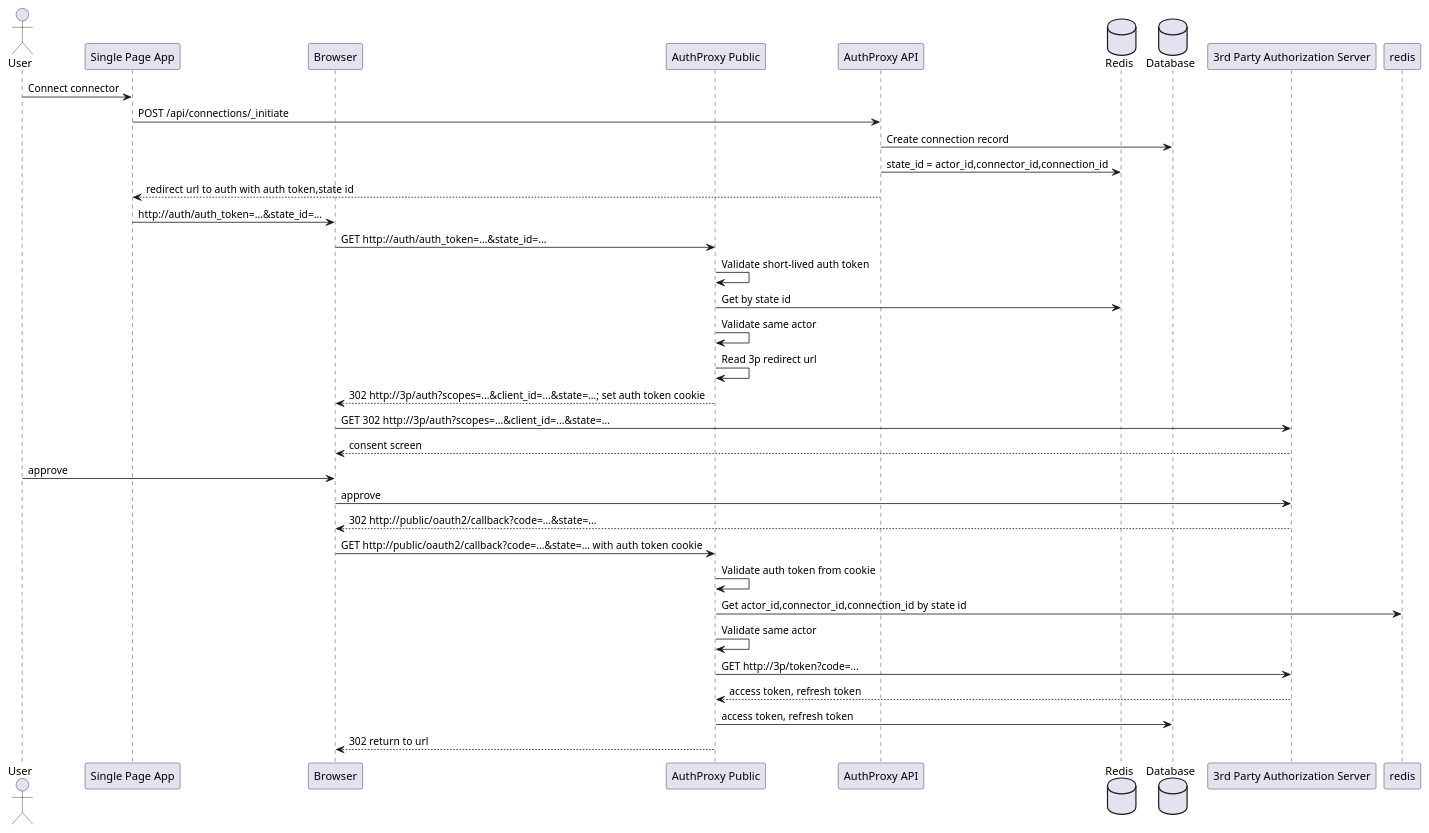
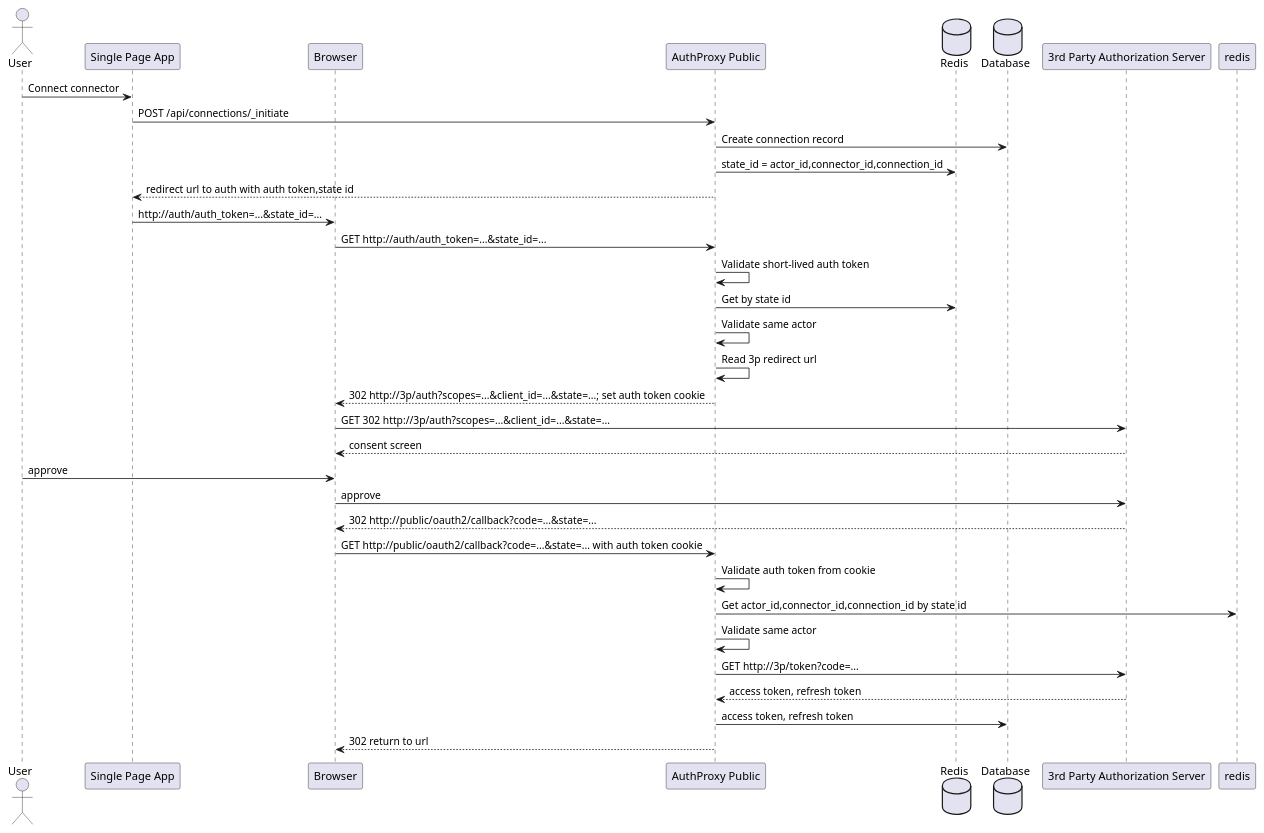
Before and after one commit to rmorlok/authproxy: the diagram in docs/oauth_flow.puml, drawn with PlantUML. The commit also changed 73 other files, not shown here.

```diff
--- a/docs/oauth_flow.puml
+++ b/docs/oauth_flow.puml
@@ -1,42 +1,41 @@
 @startuml
 actor User
 participant "Single Page App" as SPA
 participant "Browser" as browser
 participant "AuthProxy Public" as public
-participant "AuthProxy API" as API
 database "Redis" as Redis
 database "Database" as db
 participant "3rd Party Authorization Server" as 3pAuthServer
 
 User -> SPA: Connect connector
-SPA -> API: POST /api/connections/_initiate
+SPA -> public: POST /api/connections/_initiate
 
-API -> db: Create connection record
-API -> Redis: state_id = actor_id,connector_id,connection_id
-API --> SPA: redirect url to auth with auth token,state id
+public -> db: Create connection record
+public -> Redis: state_id = actor_id,connector_id,connection_id
+public --> SPA: redirect url to auth with auth token,state id
 
 SPA -> browser: http://auth/auth_token=...&state_id=...
 browser -> public: GET http://auth/auth_token=...&state_id=...
 
 public -> public: Validate short-lived auth token
 public -> Redis: Get by state id
 public -> public: Validate same actor
 public -> public: Read 3p redirect url
 
 public --> browser: 302 http://3p/auth?scopes=...&client_id=...&state=...; set auth token cookie
 browser -> 3pAuthServer: GET 302 http://3p/auth?scopes=...&client_id=...&state=...
 3pAuthServer --> browser: consent screen
 User -> browser: approve
 browser -> 3pAuthServer: approve
 3pAuthServer --> browser: 302 http://public/oauth2/callback?code=...&state=...
 
 browser -> public: GET http://public/oauth2/callback?code=...&state=... with auth token cookie
 public -> public: Validate auth token from cookie
 public -> redis: Get actor_id,connector_id,connection_id by state id
 public -> public: Validate same actor
 public -> 3pAuthServer: GET http://3p/token?code=...
 3pAuthServer --> public: access token, refresh token
 public -> db: access token, refresh token
 public --> browser: 302 return to url
 
 @enduml
```
